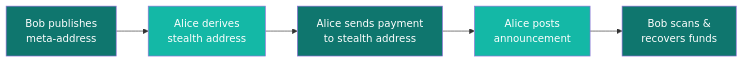
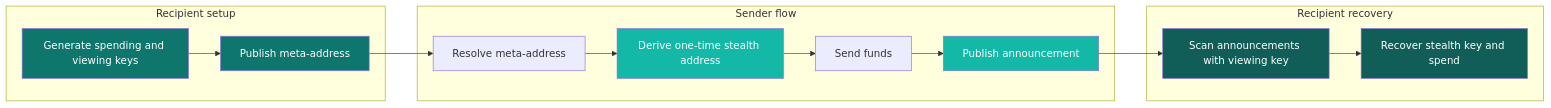
Before and after one commit to specter-privacy/docs: the diagram in index.mdx, drawn with Mermaid. The commit also changed other lines of this file and 11 other files, not shown here.

````diff
--- a/index.mdx
+++ b/index.mdx
@@ -59,13 +64,32 @@
 ```mermaid
 flowchart LR
-    A["Bob publishes\nmeta-address"] --> B["Alice derives\nstealth address"]
-    B --> C["Alice sends payment\nto stealth address"]
-    C --> D["Alice posts\nannouncement"]
-    D --> E["Bob scans &\nrecovers funds"]
+    subgraph Recipient["Recipient setup"]
+        A["Generate spending and viewing keys"]
+        B["Publish meta-address"]
+        A --> B
+    end
+
+    subgraph Sender["Sender flow"]
+        C["Resolve meta-address"]
+        D["Derive one-time stealth address"]
+        E["Send funds"]
+        F["Publish announcement"]
+        C --> D --> E --> F
+    end
+
+    subgraph Recovery["Recipient recovery"]
+        G["Scan announcements with viewing key"]
+        H["Recover stealth key and spend"]
+        G --> H
+    end
+
+    B --> C
+    F --> G
 
     style A fill:#0F766E,color:#fff
-    style B fill:#14B8A6,color:#fff
-    style C fill:#0F766E,color:#fff
+    style B fill:#0F766E,color:#fff
     style D fill:#14B8A6,color:#fff
-    style E fill:#0F766E,color:#fff
+    style F fill:#14B8A6,color:#fff
+    style G fill:#115E59,color:#fff
+    style H fill:#115E59,color:#fff
 ```
````
